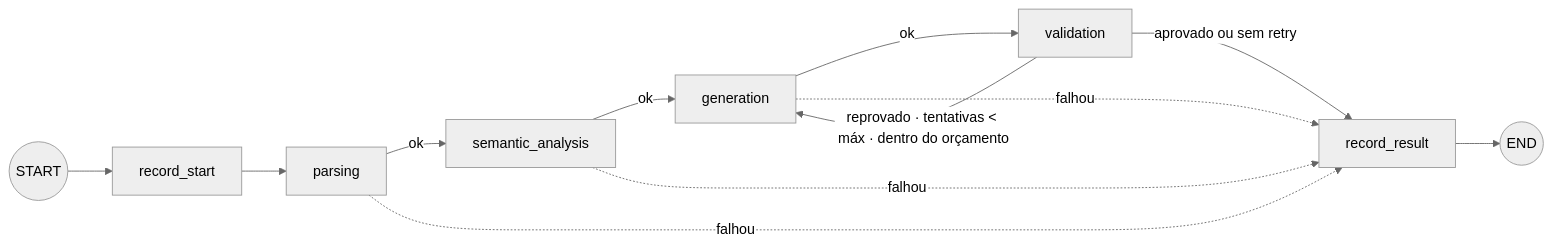
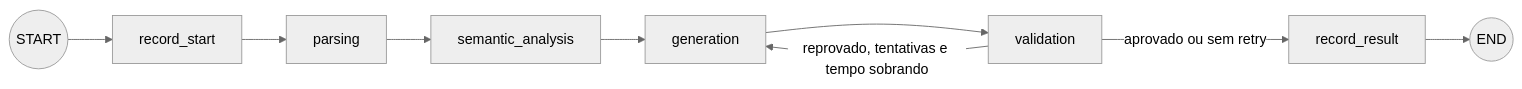
Before and after one commit to pedro-nuness/desafio-tecnico-sql-python: the diagram in README.md, drawn with Mermaid (neutral theme). The commit also changed other lines of this file and 45 other files, not shown here.

````diff
--- a/README.md
+++ b/README.md
@@ -222,14 +114,11 @@
 ```mermaid
 flowchart LR
     START((START)) --> record_start
     record_start --> parsing
-    parsing -- ok --> semantic_analysis
-    semantic_analysis -- ok --> generation
-    generation -- ok --> validation
-    validation -- "reprovado · tentativas < máx · dentro do orçamento" --> generation
+    parsing --> semantic_analysis
+    semantic_analysis --> generation
+    generation --> validation
+    validation -- "reprovado, tentativas e tempo sobrando" --> generation
     validation -- "aprovado ou sem retry" --> record_result
-    parsing -. falhou .-> record_result
-    semantic_analysis -. falhou .-> record_result
-    generation -. falhou .-> record_result
     record_result --> END((END))
 ```
````
